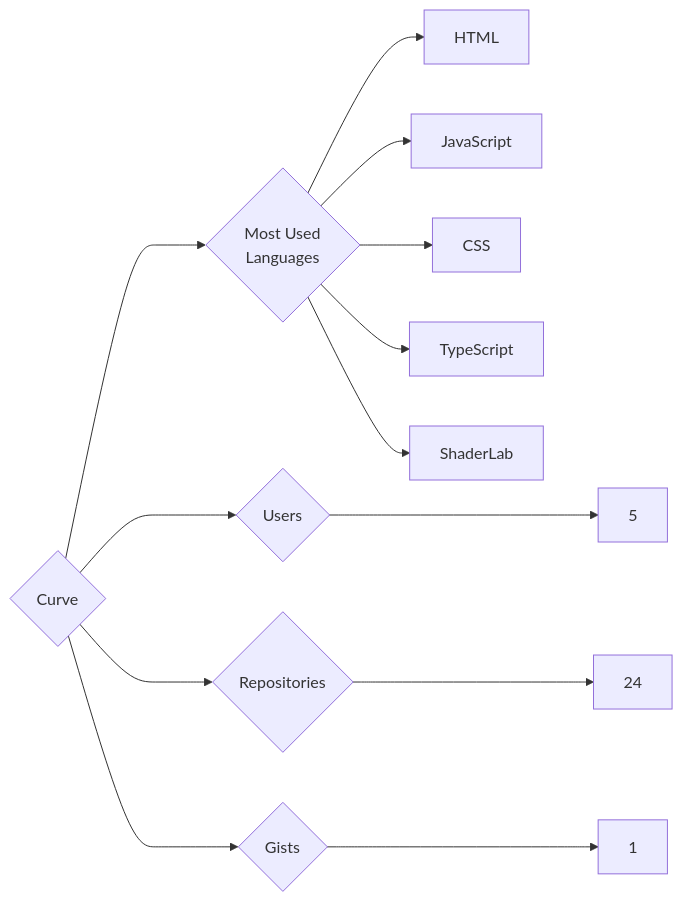
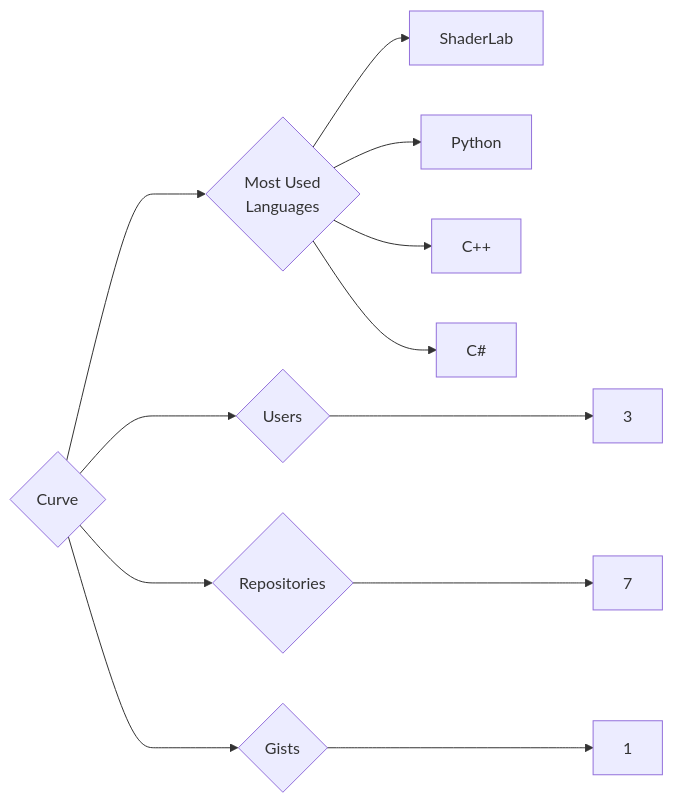
Before and after one commit to trickest/insiders: the diagram in targets/Curve/README.md, drawn with Mermaid. The commit also changed 942 other files, not shown here.

````diff
--- a/targets/Curve/README.md
+++ b/targets/Curve/README.md
@@ -3,13 +3,12 @@
 ```mermaid
 graph LR
 COMPANY_NAME{Curve}
-COMPANY_NAME ---> U{Users} ---> UN[5]
-COMPANY_NAME ---> R{Repositories} ---> RN[24]
+COMPANY_NAME ---> U{Users} ---> UN[3]
+COMPANY_NAME ---> R{Repositories} ---> RN[7]
 COMPANY_NAME ---> G{Gists} ---> GN[1]
 COMPANY_NAME ---> ML{Most Used<br>Languages}
-ML --> HTML[HTML]
-ML --> JavaScript[JavaScript]
-ML --> CSS[CSS]
-ML --> TypeScript[TypeScript]
 ML --> ShaderLab[ShaderLab]
+ML --> Python[Python]
+ML --> C++[C++]
+ML --> C#[C#]
 ```
````
